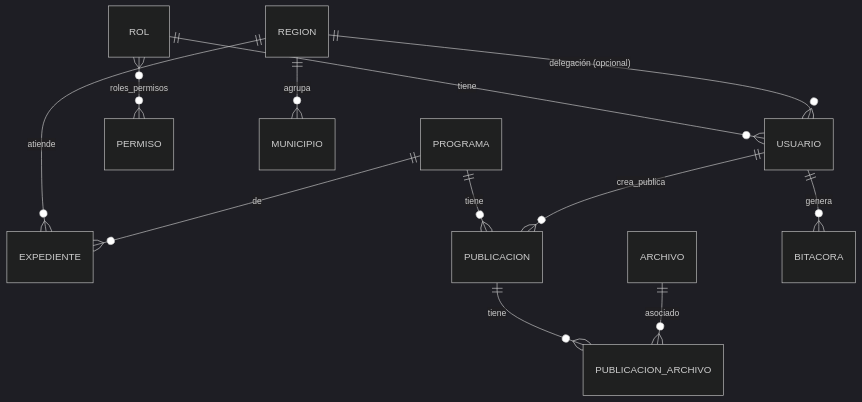
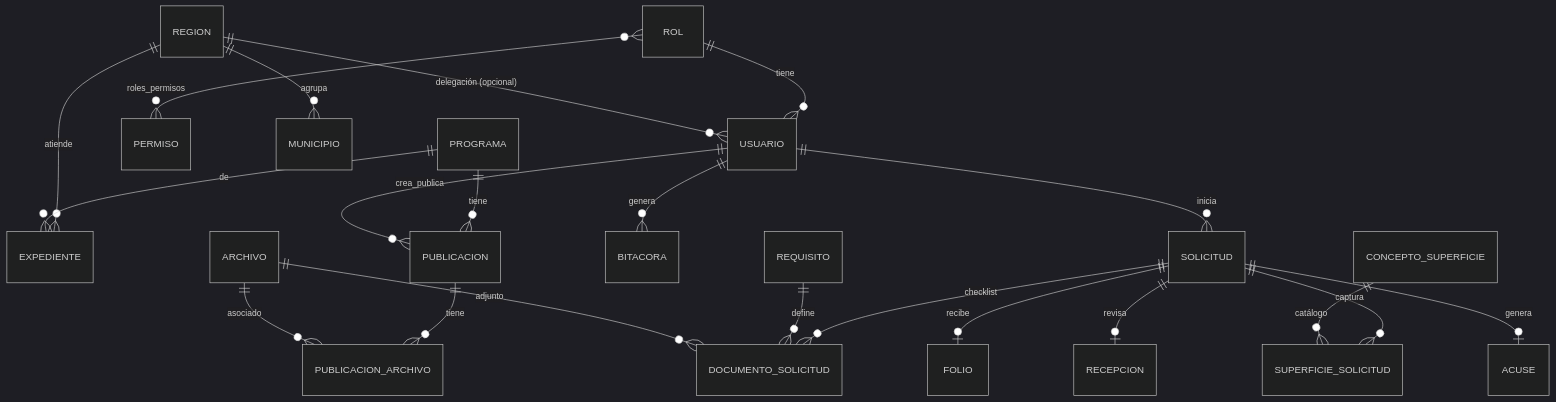
One commit to angelmvp/ProBosque_Sistema_Apoyos changed the diagram in docs/base-de-datos.md. Above: the diagram before and after it, drawn with Mermaid (dark theme). The commit also changed other lines of this file and 35 other files, not shown here.

Commit message:
fix: added mockups and improving the flow of the solicitud

````diff
--- a/docs/base-de-datos.md
+++ b/docs/base-de-datos.md
@@ -5,14 +5,23 @@
 ```mermaid
 erDiagram
     ROL ||--o{ USUARIO : tiene
     ROL }o--o{ PERMISO : roles_permisos
     REGION ||--o{ USUARIO : "delegación (opcional)"
     REGION ||--o{ MUNICIPIO : agrupa
     REGION ||--o{ EXPEDIENTE : atiende
     PROGRAMA ||--o{ EXPEDIENTE : de
     PROGRAMA ||--o{ PUBLICACION : tiene
     PUBLICACION ||--o{ PUBLICACION_ARCHIVO : tiene
     ARCHIVO ||--o{ PUBLICACION_ARCHIVO : asociado
     USUARIO ||--o{ PUBLICACION : crea_publica
     USUARIO ||--o{ BITACORA : genera
+    USUARIO ||--o{ SOLICITUD : inicia
+    SOLICITUD ||--o{ DOCUMENTO_SOLICITUD : checklist
+    REQUISITO ||--o{ DOCUMENTO_SOLICITUD : define
+    ARCHIVO ||--o{ DOCUMENTO_SOLICITUD : adjunto
+    SOLICITUD ||--o{ SUPERFICIE_SOLICITUD : captura
+    CONCEPTO_SUPERFICIE ||--o{ SUPERFICIE_SOLICITUD : catálogo
+    SOLICITUD ||--o| FOLIO : recibe
+    SOLICITUD ||--o| RECEPCION : revisa
+    SOLICITUD ||--o| ACUSE : genera
 ```
````
